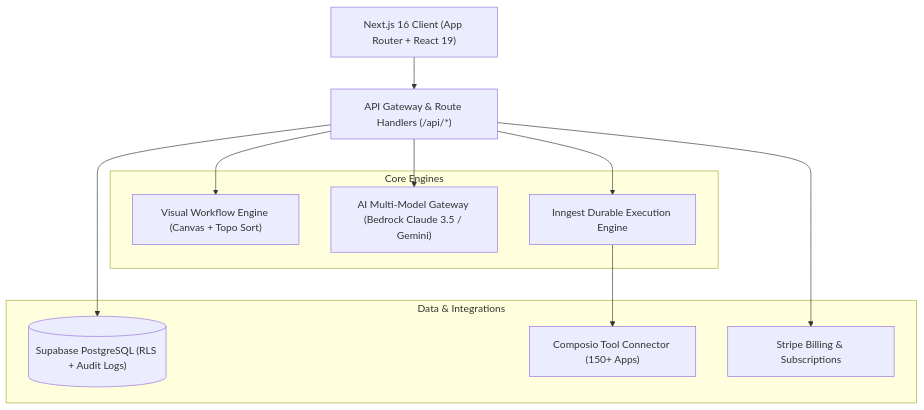
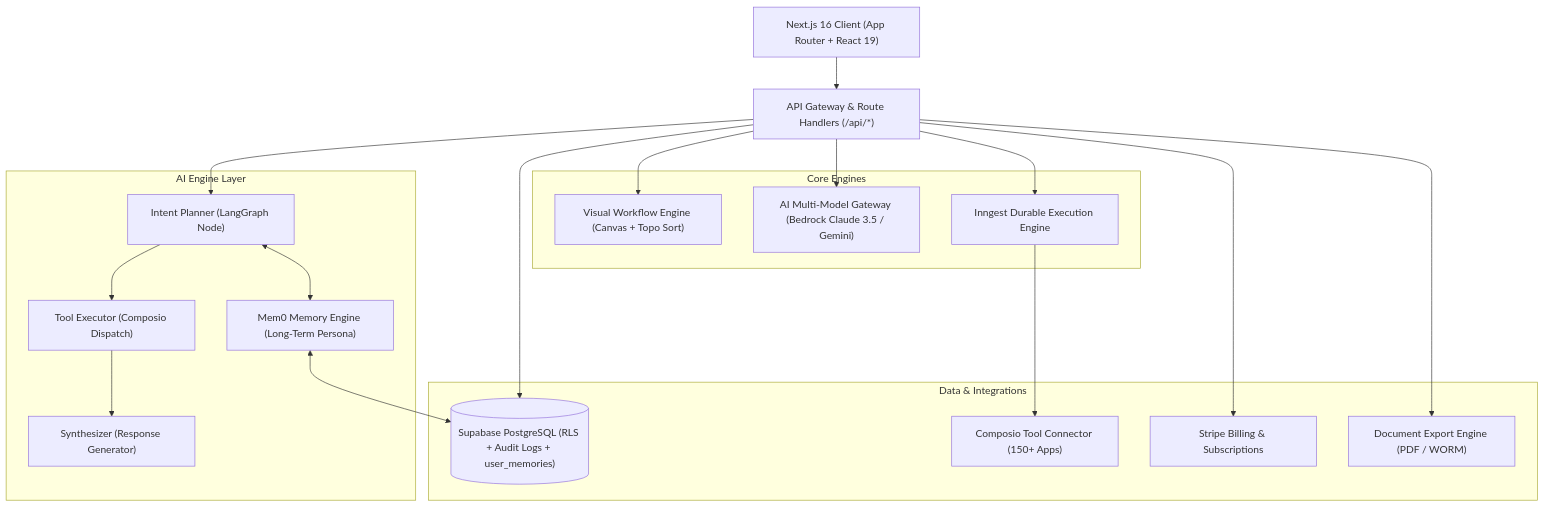
The first of 4 diagrams in PRD.md (Pratyush-Malviya/Adviza-AI), drawn with Mermaid before and after one commit. The commit also changed other lines of this file, not shown here.

Commit message:
docs: update PRD to v3.0 with Chat OS, Mem0, mobile UX, and full API reference

````diff
--- a/PRD.md
+++ b/PRD.md
@@ -42,25 +44,37 @@
 ```mermaid
 graph TD
     Client["Next.js 16 Client (App Router + React 19)"]
     API["API Gateway & Route Handlers (/api/*)"]
-    
+
+    subgraph AI Engine Layer
+        Intent["Intent Planner (LangGraph Node)"]
+        ToolEx["Tool Executor (Composio Dispatch)"]
+        Synth["Synthesizer (Response Generator)"]
+        Mem0["Mem0 Memory Engine (Long-Term Persona)"]
+    end
+
     subgraph Core Engines
         WF["Visual Workflow Engine (Canvas + Topo Sort)"]
-        AI["AI Multi-Model Gateway (Bedrock Claude 3.5 / Gemini)"]
+        LLM["AI Multi-Model Gateway (Bedrock Claude 3.5 / Gemini)"]
         Orch["Inngest Durable Execution Engine"]
     end
 
     subgraph Data & Integrations
-        DB[("Supabase PostgreSQL (RLS + Audit Logs)")]
+        DB[("Supabase PostgreSQL (RLS + Audit Logs + user_memories)")]
         Comp["Composio Tool Connector (150+ Apps)"]
         Stripe["Stripe Billing & Subscriptions"]
+        DocExport["Document Export Engine (PDF / WORM)"]
     end
 
     Client --> API
+    API --> Intent --> ToolEx --> Synth
+    Intent <--> Mem0
+    Mem0 <--> DB
     API --> WF
-    API --> AI
+    API --> LLM
     API --> Orch
     API --> DB
+    API --> DocExport
     Orch --> Comp
     API --> Stripe
 ```
````
